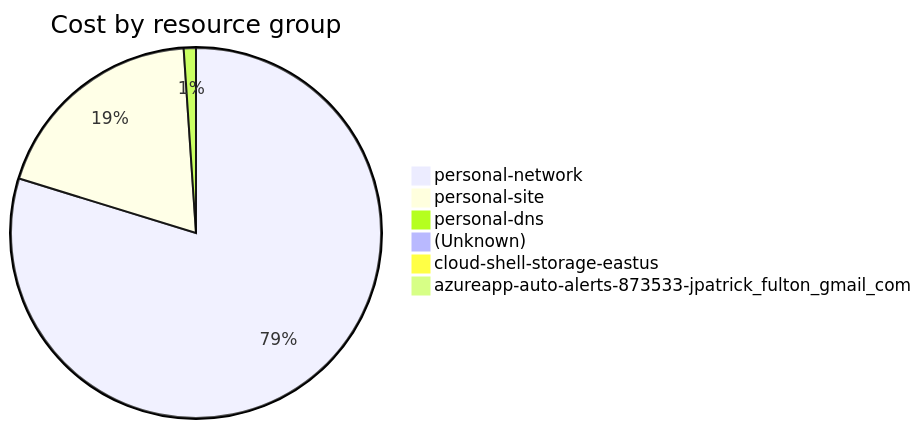
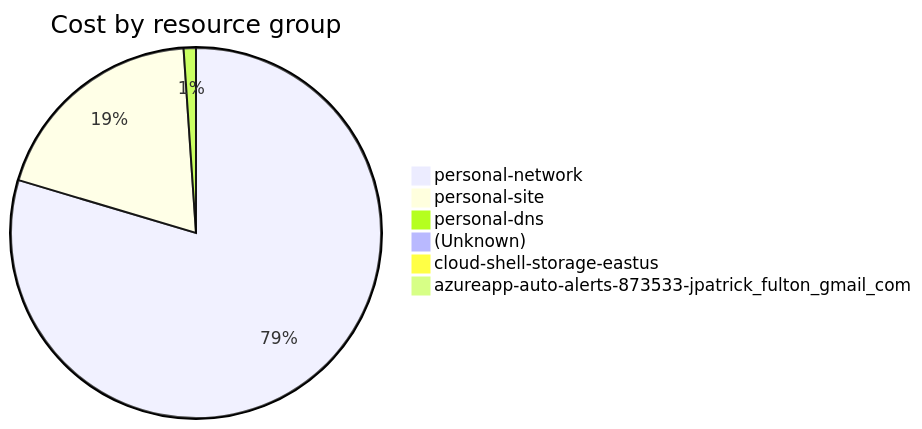
One commit to jpfulton/azure-personal-reports changed the fourth of 4 diagrams in cost-reports/accumulated-cost.md. Above: the diagram before and after it, drawn with Mermaid. The commit also changed other lines of this file and 4 other files, not shown here.

````diff
--- a/cost-reports/accumulated-cost.md
+++ b/cost-reports/accumulated-cost.md
@@ -152,10 +154,10 @@
 ```mermaid
 pie
    title Cost by resource group
-   "personal-network" : 14.22
-   "personal-site" : 3.42
-   "personal-dns" : 0.19
-   "(Unknown)" : 0.14
-   "cloud-shell-storage-eastus" : 0.06
+   "personal-network" : 16.32
+   "personal-site" : 3.96
+   "personal-dns" : 0.22
+   "(Unknown)" : 0.16
+   "cloud-shell-storage-eastus" : 0.07
    "azureapp-auto-alerts-873533-jpatrick_fulton_gmail_com" : 0.00
 ```
````
